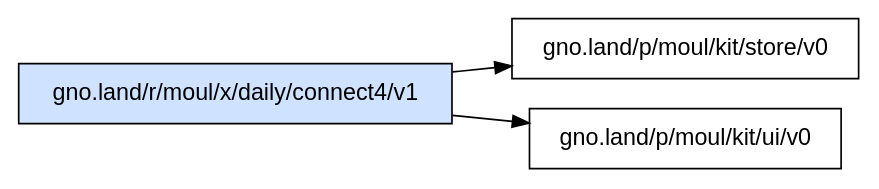
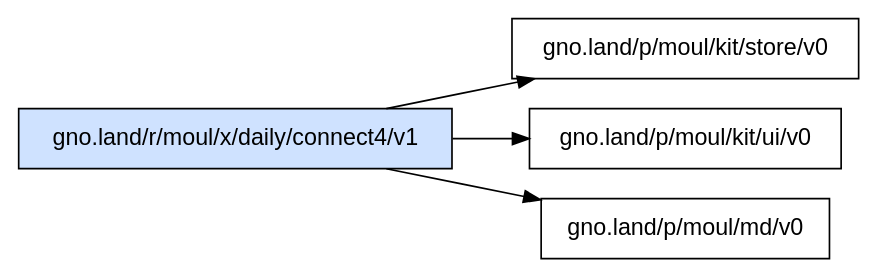
One commit to moul/gno-contracts changed the diagram in _assets/gno.land/r/moul/x/daily/connect4/v1/deps.dot. Above: the diagram before and after it, drawn with Graphviz. The commit also changed 49 other files, not shown here.

Commit message:
chore: regenerate catalog, graphs and on-chain status [skip ci]

```diff
--- a/_assets/gno.land/r/moul/x/daily/connect4/v1/deps.dot
+++ b/_assets/gno.land/r/moul/x/daily/connect4/v1/deps.dot
@@ -1,7 +1,8 @@
 digraph deps {
   rankdir=LR;
   node [shape=box, fontname="sans-serif"];
   "gno.land/r/moul/x/daily/connect4/v1" [style=filled, fillcolor="#cfe2ff"];
   "gno.land/r/moul/x/daily/connect4/v1" -> "gno.land/p/moul/kit/store/v0";
   "gno.land/r/moul/x/daily/connect4/v1" -> "gno.land/p/moul/kit/ui/v0";
+  "gno.land/r/moul/x/daily/connect4/v1" -> "gno.land/p/moul/md/v0";
 }
```
